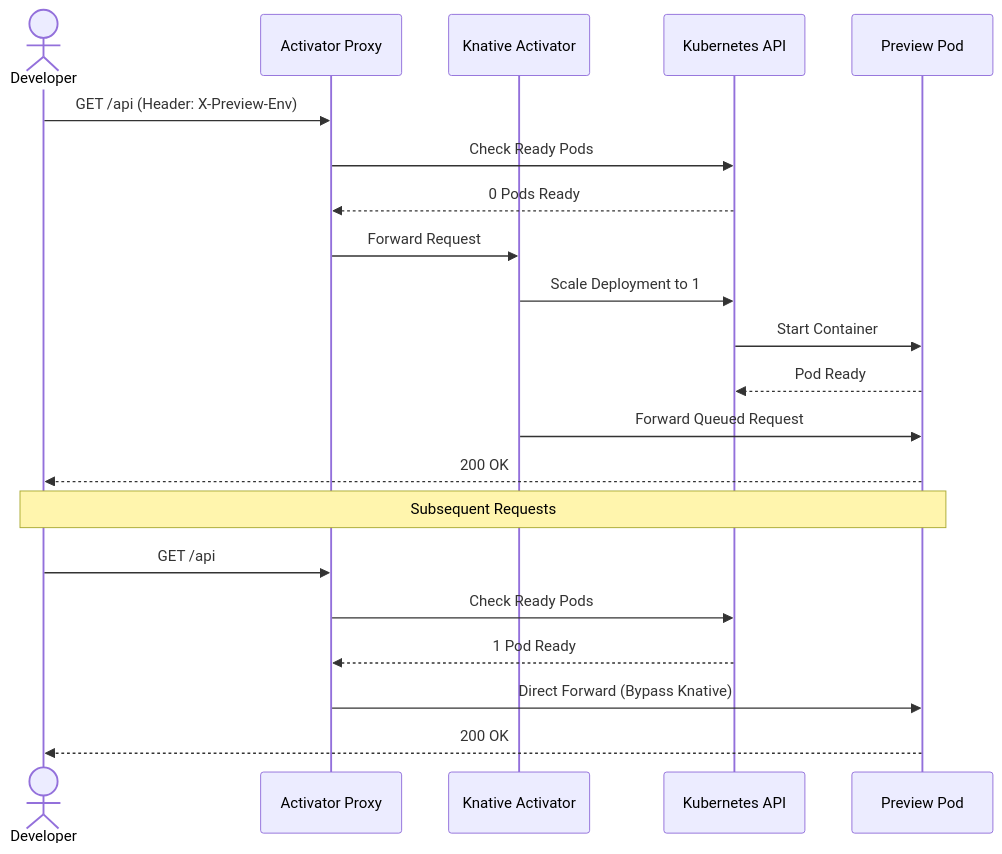
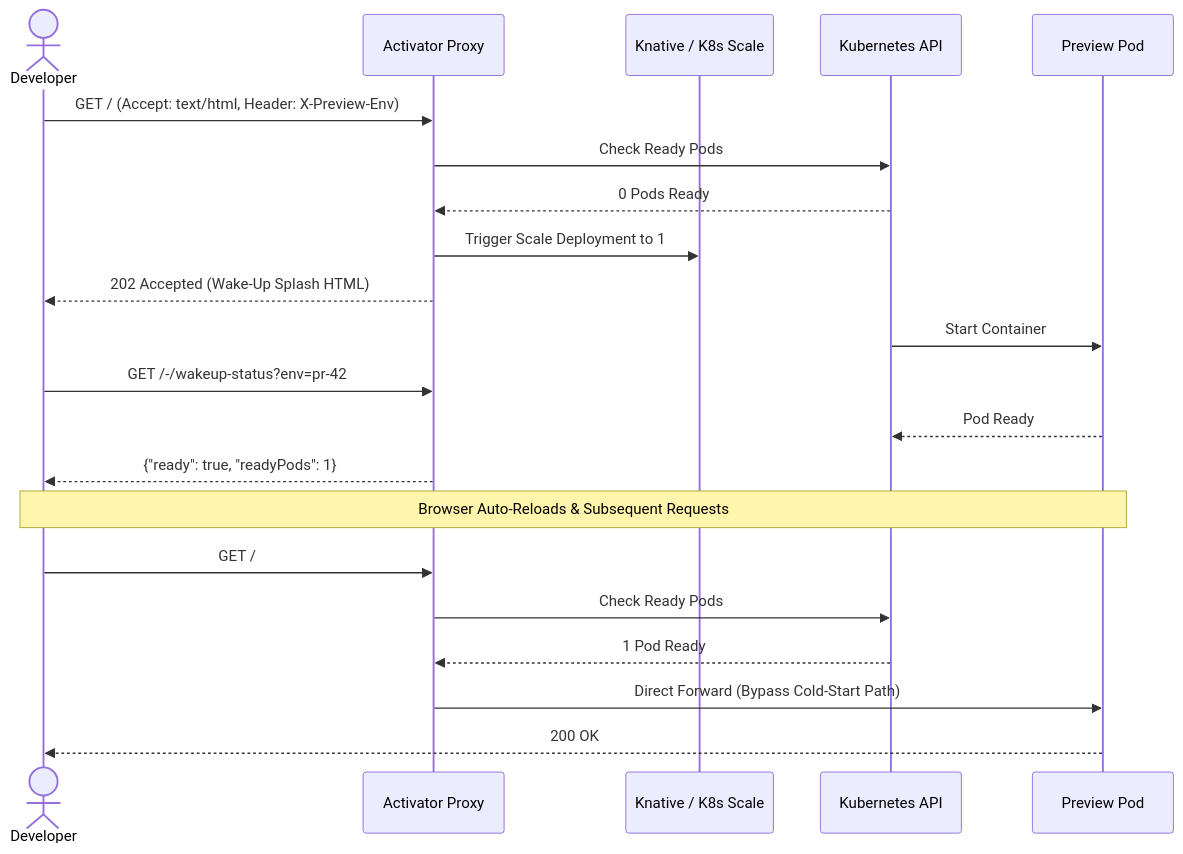
One commit to divergedev/divergedev.github.io changed the diagram in src/content/docs/concepts/scale-to-zero.md. Above: the diagram before and after it, drawn with Mermaid. The commit also changed other lines of this file and 18 other files, not shown here.

````diff
--- a/src/content/docs/concepts/scale-to-zero.md
+++ b/src/content/docs/concepts/scale-to-zero.md
@@ -38,28 +61,27 @@
 ```mermaid
 sequenceDiagram
     actor Developer
     participant Proxy as Activator Proxy
-    participant Knative as Knative Activator
+    participant Knative as Knative / K8s Scale
     participant K8s as Kubernetes API
     participant Pod as Preview Pod
     
-    Developer->>Proxy: GET /api (Header: X-Preview-Env)
+    Developer->>Proxy: GET / (Accept: text/html, Header: X-Preview-Env)
     Proxy->>K8s: Check Ready Pods
     K8s-->>Proxy: 0 Pods Ready
     
-    Proxy->>Knative: Forward Request
-    Knative->>K8s: Scale Deployment to 1
+    Proxy->>Knative: Trigger Scale Deployment to 1
+    Proxy-->>Developer: 202 Accepted (Wake-Up Splash HTML)
     
     K8s->>Pod: Start Container
+    Developer->>Proxy: GET /-/wakeup-status?env=pr-42
     Pod-->>K8s: Pod Ready
+    Proxy-->>Developer: {"ready": true, "readyPods": 1}
     
-    Knative->>Pod: Forward Queued Request
-    Pod-->>Developer: 200 OK
-    
-    Note over Developer, Pod: Subsequent Requests
-    Developer->>Proxy: GET /api
+    Note over Developer, Pod: Browser Auto-Reloads & Subsequent Requests
+    Developer->>Proxy: GET /
     Proxy->>K8s: Check Ready Pods
     K8s-->>Proxy: 1 Pod Ready
-    Proxy->>Pod: Direct Forward (Bypass Knative)
+    Proxy->>Pod: Direct Forward (Bypass Cold-Start Path)
     Pod-->>Developer: 200 OK
 ```
````
